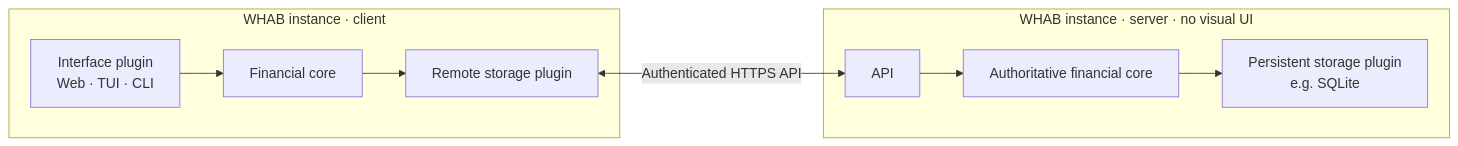
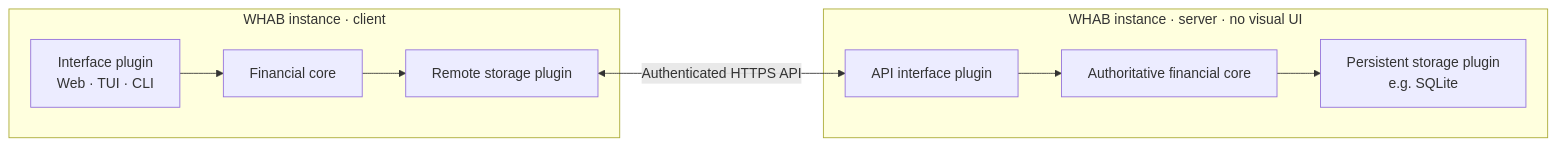
Before and after one commit to Fillll/whab: the second of 2 diagrams in README.md, drawn with Mermaid. The commit also changed other lines of this file and 2 other files, not shown here.

Commit message:
Clarify proposed API is an interface plugin

````diff
--- a/README.md
+++ b/README.md
@@ -49,12 +49,12 @@
 ```mermaid
 flowchart LR
     subgraph Client["WHAB instance · client"]
         UI["Interface plugin<br/>Web · TUI · CLI"] --> ClientCore["Financial core"]
         ClientCore --> Remote["Remote storage plugin"]
     end
     subgraph Server["WHAB instance · server · no visual UI"]
-        API["API"] --> ServerCore["Authoritative financial core"]
+        API["API interface plugin"] --> ServerCore["Authoritative financial core"]
         ServerCore --> Store["Persistent storage plugin<br/>e.g. SQLite"]
     end
     Remote <-->|Authenticated HTTPS API| API
 ```
````
